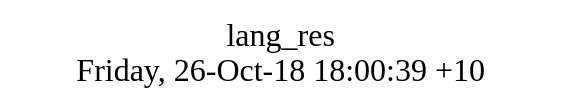
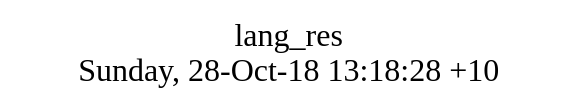
One commit to AplaProject/apps changed the diagram in src/lang_res/struct.dot. Above: the diagram before and after it, drawn with Graphviz. The commit also changed 34 other files, not shown here.

```diff
--- a/src/lang_res/struct.dot
+++ b/src/lang_res/struct.dot
@@ -1,8 +1,8 @@
 digraph G {
 fontsize="24";
-label="lang_res\nFriday, 26-Oct-18 18:00:39 +10";
+label="lang_res\nSunday, 28-Oct-18 13:18:28 +10";
 nojustify=true;
 ordering=out;
 rankdir=LR;
 size="30";
 }
```
